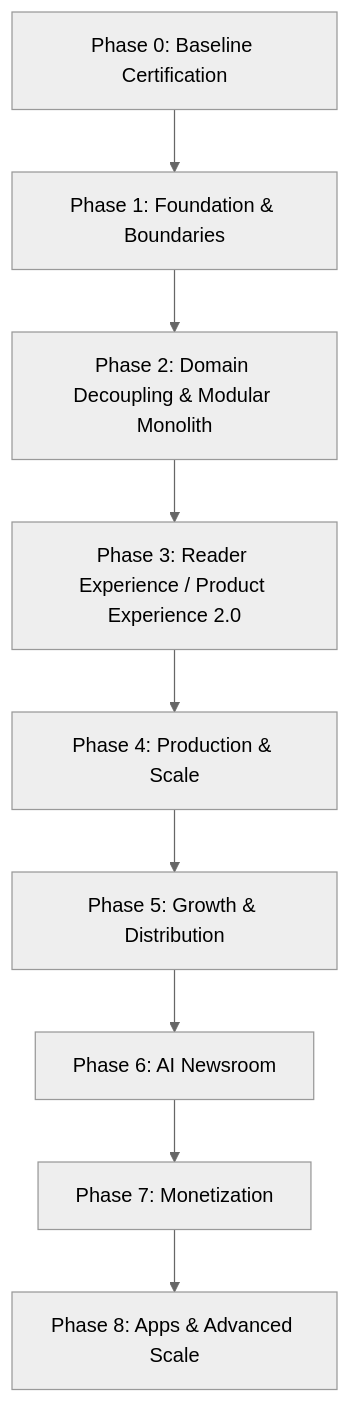
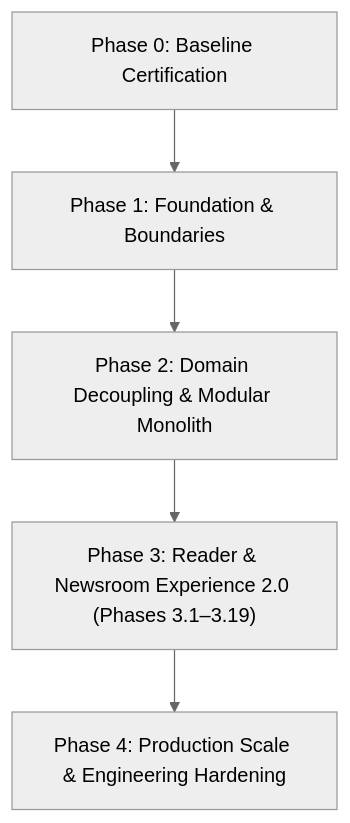
Before and after one commit to zaidshery/Lokswami-version-3: the diagram in docs/b3/ROADMAP.md, drawn with Mermaid (neutral theme). The commit also changed other lines of this file, not shown here.

Commit message:
docs(b3): sync canonical phase 3 roadmap

````diff
--- a/docs/b3/ROADMAP.md
+++ b/docs/b3/ROADMAP.md
@@ -17,11 +18,7 @@
 ```mermaid
 graph TD
     P0["Phase 0: Baseline Certification"] --> P1["Phase 1: Foundation & Boundaries"]
     P1 --> P2["Phase 2: Domain Decoupling & Modular Monolith"]
-    P2 --> P3["Phase 3: Reader Experience / Product Experience 2.0"]
-    P3 --> P4["Phase 4: Production & Scale"]
-    P4 --> P5["Phase 5: Growth & Distribution"]
-    P5 --> P6["Phase 6: AI Newsroom"]
-    P6 --> P7["Phase 7: Monetization"]
-    P7 --> P8["Phase 8: Apps & Advanced Scale"]
+    P2 --> P3["Phase 3: Reader & Newsroom Experience 2.0 (Phases 3.1–3.19)"]
+    P3 --> P4["Phase 4: Production Scale & Engineering Hardening"]
 ```
````
